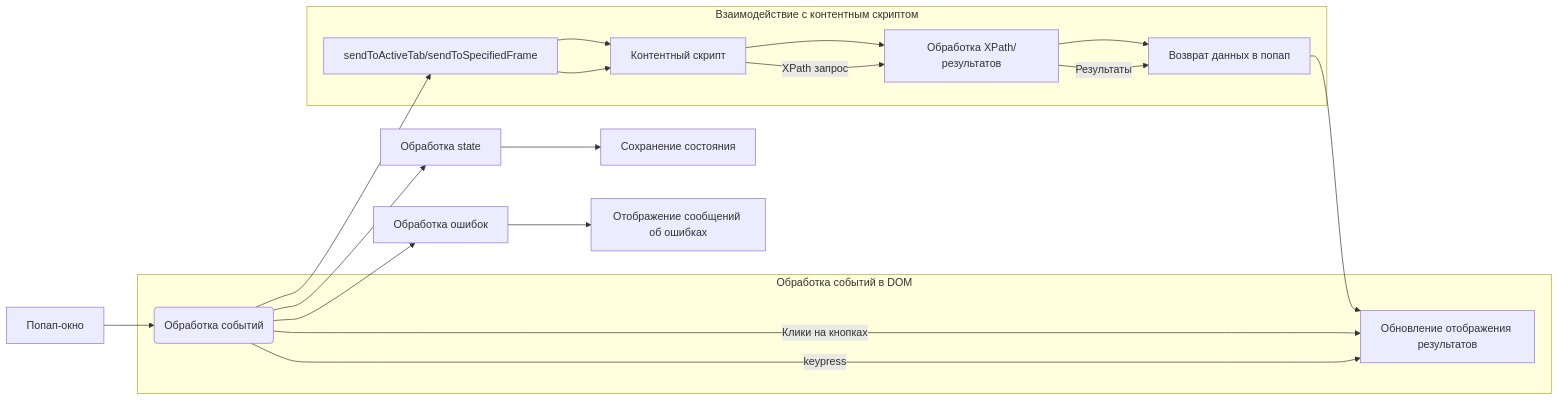
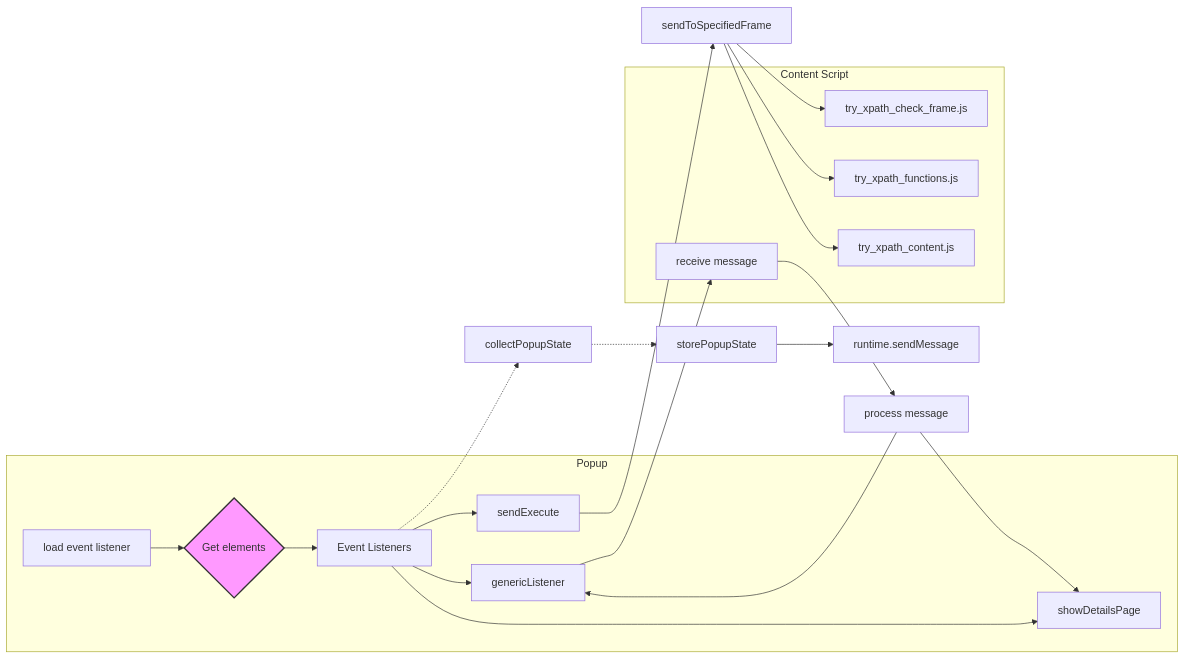
The diagram in docs/gemini/ru/explainer/src/webdriver/chrome/extentions/try_path_1.3.5/popup/popup.md (hypo69/hypo), drawn with Mermaid before and after one commit. The commit also changed other lines of this file and 311 other files, not shown here.

````diff
--- a/docs/gemini/ru/explainer/src/webdriver/chrome/extentions/try_path_1.3.5/popup/popup.md
+++ b/docs/gemini/ru/explainer/src/webdriver/chrome/extentions/try_path_1.3.5/popup/popup.md
@@ -58,26 +35,28 @@
 ```mermaid
 graph LR
-    A[Попап-окно] --> B(Обработка событий);
-    B --> C[sendToActiveTab/sendToSpecifiedFrame];
-    C --> D[Контентный скрипт];
-    D --> E[Обработка XPath/результатов];
-    E --> F[Возврат данных в попап];
-    F --> G[Обновление отображения результатов];
-    B --> H[Обработка state];
-    H --> I[Сохранение состояния];
-    B --> J[Обработка ошибок];
-    J --> K[Отображение сообщений об ошибках];
+    subgraph Popup
+        A[load event listener] --> B{Get elements}
+        B --> C[Event Listeners]
+        C --> D[sendExecute]
+        C --> E[showDetailsPage]
+        C --> F[genericListener]
+    end
+    subgraph Content Script
+        G[try_xpath_check_frame.js]
+        H[try_xpath_functions.js]
+        I[try_xpath_content.js]
+        F --> J[receive message]
+    end
+    D --> K[sendToSpecifiedFrame]
+    K --> G
+    K --> H
+    K --> I
+    J --> L[process message]
+    L --> E
+    L --> F
+    C -.-> M[collectPopupState]
+    M -.-> N[storePopupState]
+    N --> O[runtime.sendMessage]
 
-    subgraph "Взаимодействие с контентным скриптом"
-        C --> D;
-        D -- XPath запрос --> E;
-        E -- Результаты --> F;
-    end
-    
-    subgraph "Обработка событий в DOM"
-        B -- Клики на кнопках --> G;
-        B -- "keypress" --> G;
-    end
-
-
+    style B fill:#f9f,stroke:#333,stroke-width:2px
 ```
````
